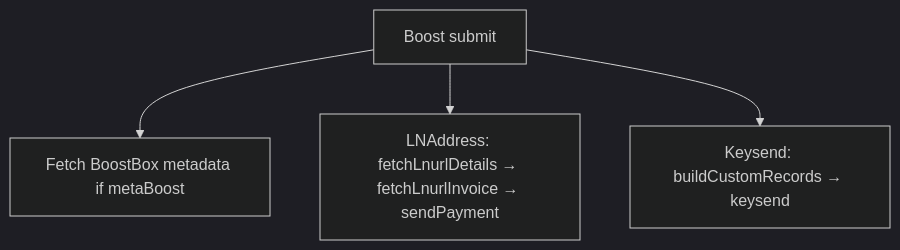
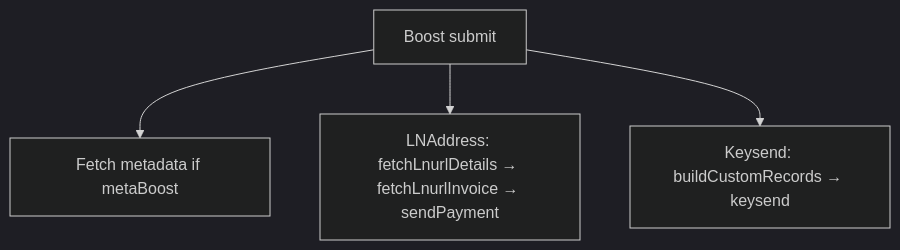
One commit to podverse/podverse changed the seventh of 7 diagrams in docs/v4v/bitcoin/lnd/V4V-BITCOIN-LN-SETUP-DIAGRAM.md. Above: the diagram before and after it, drawn with Mermaid (dark theme). The commit also changed other lines of this file and 107 other files, not shown here.

````diff
--- a/docs/v4v/bitcoin/lnd/V4V-BITCOIN-LN-SETUP-DIAGRAM.md
+++ b/docs/v4v/bitcoin/lnd/V4V-BITCOIN-LN-SETUP-DIAGRAM.md
@@ -217,11 +215,11 @@
 ```mermaid
 flowchart TD
   Submit[Boost submit]
-  MetaBoost[Fetch BoostBox metadata if metaBoost]
+  MetaBoost[Fetch metadata if metaBoost]
   LNAddr[LNAddress: fetchLnurlDetails → fetchLnurlInvoice → sendPayment]
   Keysend[Keysend: buildCustomRecords → keysend]
 
   Submit --> MetaBoost
   Submit --> LNAddr
   Submit --> Keysend
 ```
````
